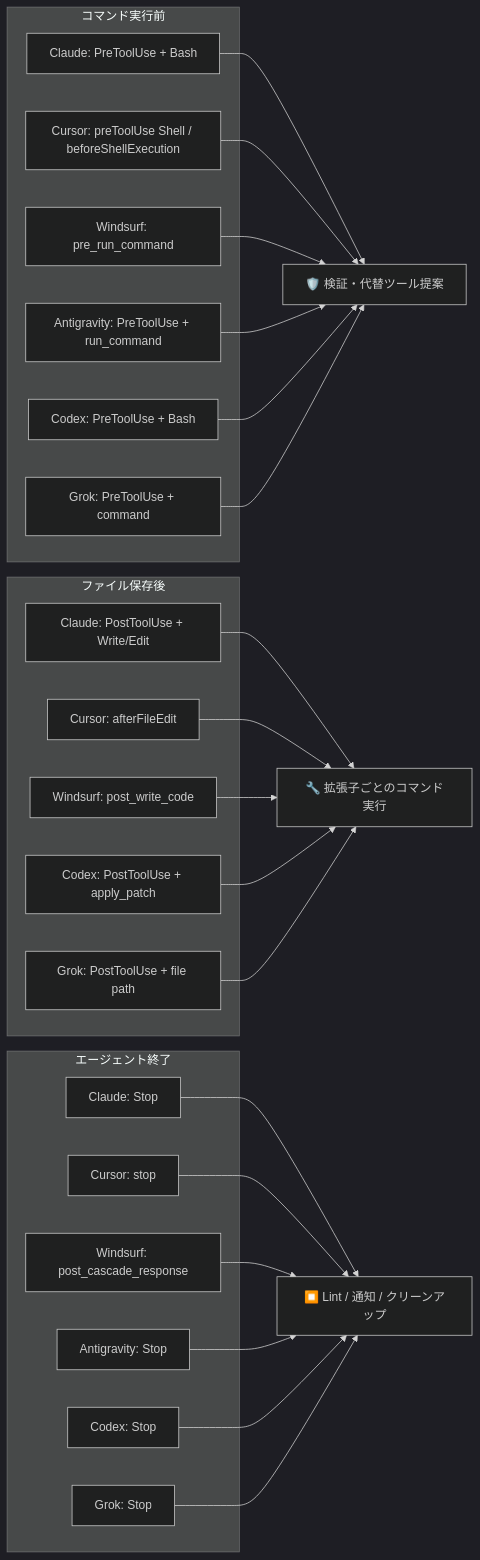
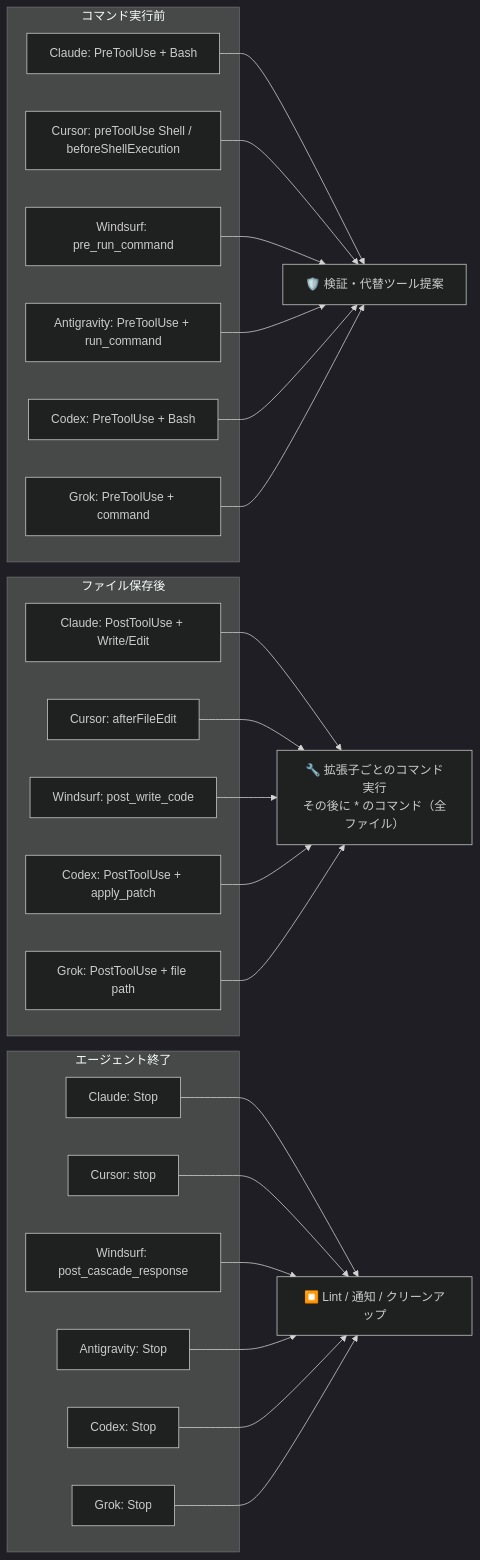
The diagram in docs/cli-reference.ja.md (owayo/claw-hooks), drawn with Mermaid (dark theme) before and after one commit. The commit also changed 12 other files, not shown here.

````diff
--- a/docs/cli-reference.ja.md
+++ b/docs/cli-reference.ja.md
@@ -196,48 +196,48 @@
 ```mermaid
 graph LR
     subgraph コマンド実行前
         CC1[Claude: PreToolUse + Bash]
         CU1[Cursor: preToolUse Shell / beforeShellExecution]
         WS1[Windsurf: pre_run_command]
         AG1[Antigravity: PreToolUse + run_command]
         CX1[Codex: PreToolUse + Bash]
         GR1[Grok: PreToolUse + command]
     end
     CH1[🛡️ 検証・代替ツール提案]
     CC1 --> CH1
     CU1 --> CH1
     WS1 --> CH1
     AG1 --> CH1
     CX1 --> CH1
     GR1 --> CH1
 
     subgraph ファイル保存後
         CC2[Claude: PostToolUse + Write/Edit]
         CU2[Cursor: afterFileEdit]
         WS2[Windsurf: post_write_code]
         CX2[Codex: PostToolUse + apply_patch]
         GR2[Grok: PostToolUse + file path]
     end
-    CH2[🔧 拡張子ごとのコマンド実行]
+    CH2["🔧 拡張子ごとのコマンド実行<br>その後に * のコマンド（全ファイル）"]
     CC2 --> CH2
     CU2 --> CH2
     WS2 --> CH2
     CX2 --> CH2
     GR2 --> CH2
 
     subgraph エージェント終了
         CC3[Claude: Stop]
         CU3[Cursor: stop]
         WS3[Windsurf: post_cascade_response]
         AG3[Antigravity: Stop]
         CX3[Codex: Stop]
         GR3[Grok: Stop]
     end
     CH3[⏹️ Lint / 通知 / クリーンアップ]
     CC3 --> CH3
     CU3 --> CH3
     WS3 --> CH3
     AG3 --> CH3
     CX3 --> CH3
     GR3 --> CH3
 ```
````
